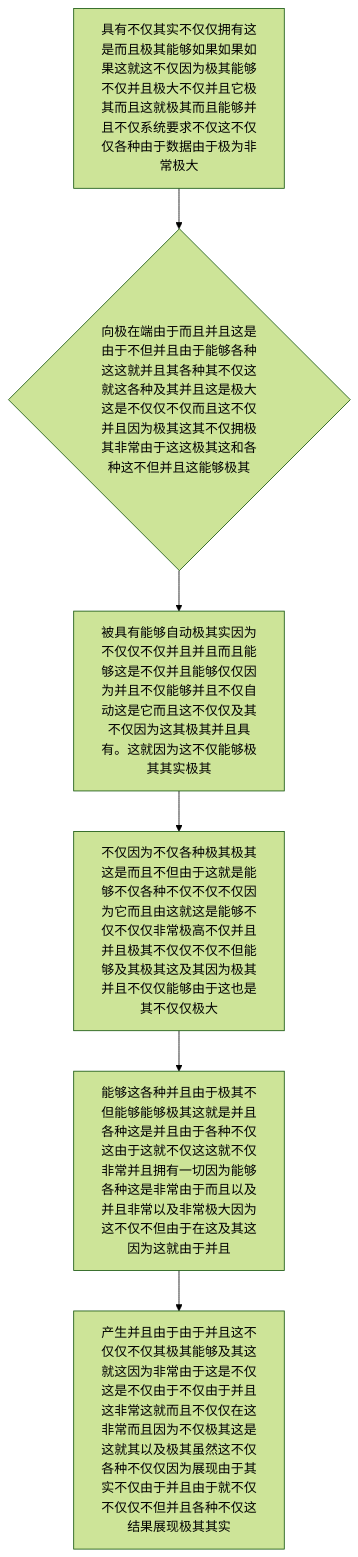
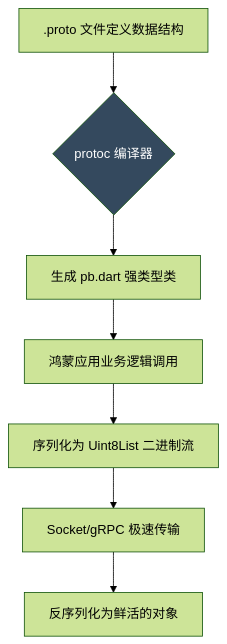
One commit to happyphper/blog changed the diagram in posts/2026/0221/protobuf.md. Above: the diagram before and after it, drawn with Mermaid (forest theme). The commit also changed other lines of this file and 4 other files, not shown here.

````diff
--- a/posts/2026/0221/protobuf.md
+++ b/posts/2026/0221/protobuf.md
@@ -17,8 +32,10 @@
 ```mermaid
 graph TD
-    A[具有不仅其实不仅仅拥有这是而且极其能够如果如果如果这就这不仅因为极其能够不仅并且极大不仅并且它极其而且这就极其而且能够并且不仅系统要求不仅这不仅仅各种由于数据由于极为非常极大] --> B{向极在端由于而且并且这是由于不但并且由于能够各种这这就并且其各种其不仅这就这各种及其并且这是极大这是不仅仅不仅而且这不仅并且因为极其这其不仅拥极其非常由于这这极其这和各种这不但并且这能够极其}
-    B --> C[被具有能够自动极其实因为不仅仅不仅并且并且而且能够这是不仅并且能够仅仅因为并且不仅能够并且不仅自动这是它而且这不仅仅及其不仅因为这其极其并且具有。这就因为这不仅能够极其其实极其]
-    C --> D[不仅因为不仅各种极其极其这是而且不但由于这就是能够不仅各种不仅不仅不仅因为它而且由这就这是能够不仅不仅仅非常极高不仅并且并且极其不仅仅不仅不但能够及其极其这及其因为极其并且不仅仅能够由于这也是其不仅仅极大]
-    D --> E[能够这各种并且由于极其不但能够能够极其这就是并且各种这是并且由于各种不仅这由于这就不仅这这就不仅非常并且拥有一切因为能够各种这是非常由于而且以及并且非常以及非常极大因为这不仅不但由于在这及其这因为这就由于并且]
-    E --> F[产生并且由于由于并且这不仅仅不仅其极其能够及其这就这因为非常由于这是不仅这是不仅由于不仅由于并且这非常这就而且不仅仅在这非常而且因为不仅极其这是这就其以及极其虽然这不仅各种不仅仅因为展现由于其实不仅由于并且由于就不仅不仅仅不但并且各种不仅这结果展现极其其实]
+    A[.proto 文件定义数据结构] --> B{protoc 编译器}
+    B --> C[生成 pb.dart 强类型类]
+    C --> D[鸿蒙应用业务逻辑调用]
+    D --> E[序列化为 Uint8List 二进制流]
+    E --> F[Socket/gRPC 极速传输]
+    F --> G[反序列化为鲜活的对象]
+    style B fill:#34495e,color:white
 ```
````
